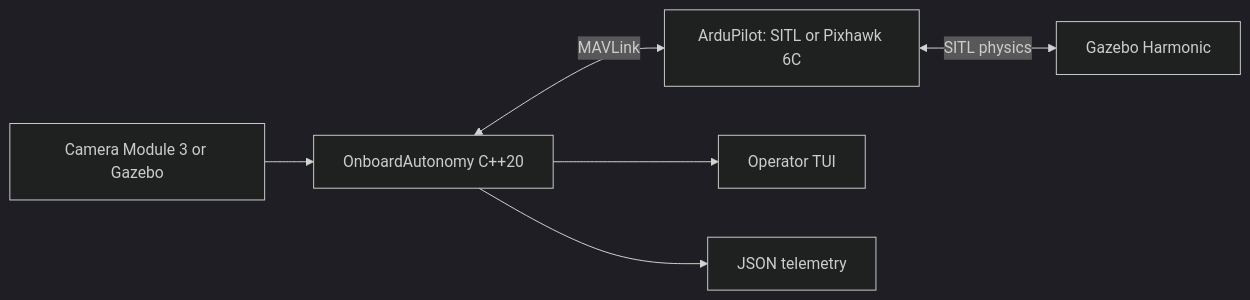
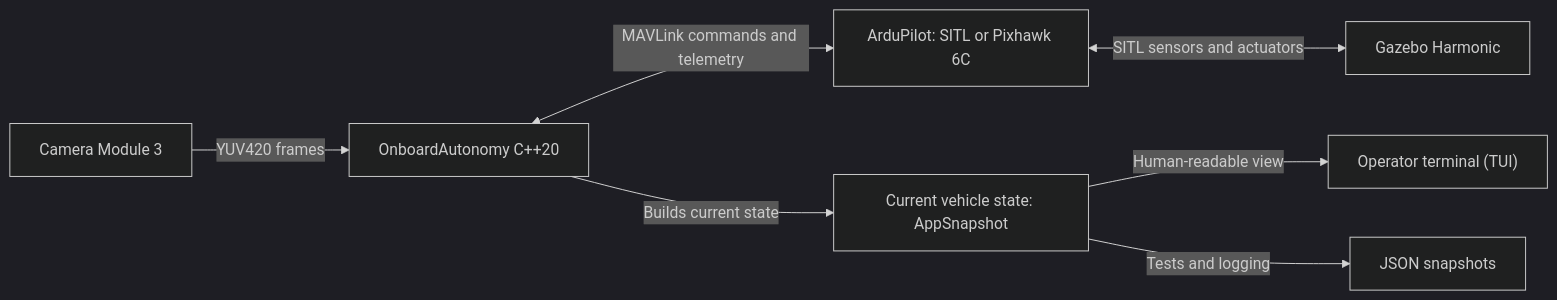
One commit to matemink/CompanionLab changed the diagram in README.md. Above: the diagram before and after it, drawn with Mermaid (dark theme). The commit also changed other lines of this file, not shown here.

Commit message:
Clarify README system data flow
Show AppSnapshot as the single current-state model, explain the human and machine-readable outputs, and remove the inaccurate Gazebo-camera-to-runtime implication.

````diff
--- a/README.md
+++ b/README.md
@@ -19,8 +19,9 @@
 ```mermaid
 flowchart LR
-    Camera["Camera Module 3 or Gazebo"] --> Runtime["OnboardAutonomy C++20"]
-    Runtime <-->|"MAVLink"| ArduPilot["ArduPilot: SITL or Pixhawk 6C"]
-    ArduPilot <-->|"SITL physics"| Gazebo["Gazebo Harmonic"]
-    Runtime --> Console["Operator TUI"]
-    Runtime --> JSON["JSON telemetry"]
+    Camera["Camera Module 3"] -->|"YUV420 frames"| Runtime["OnboardAutonomy C++20"]
+    Runtime <-->|"MAVLink commands and telemetry"| ArduPilot["ArduPilot: SITL or Pixhawk 6C"]
+    ArduPilot <-->|"SITL sensors and actuators"| Gazebo["Gazebo Harmonic"]
+    Runtime -->|"Builds current state"| Snapshot["Current vehicle state: AppSnapshot"]
+    Snapshot -->|"Human-readable view"| Console["Operator terminal (TUI)"]
+    Snapshot -->|"Tests and logging"| JSON["JSON snapshots"]
 ```
````
